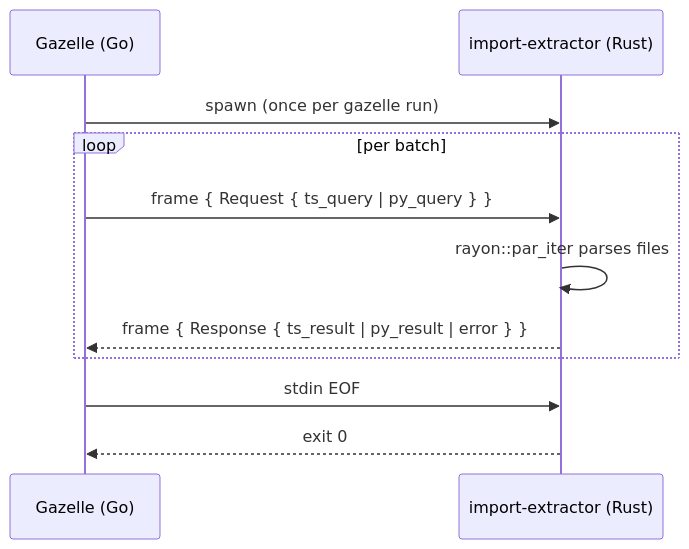
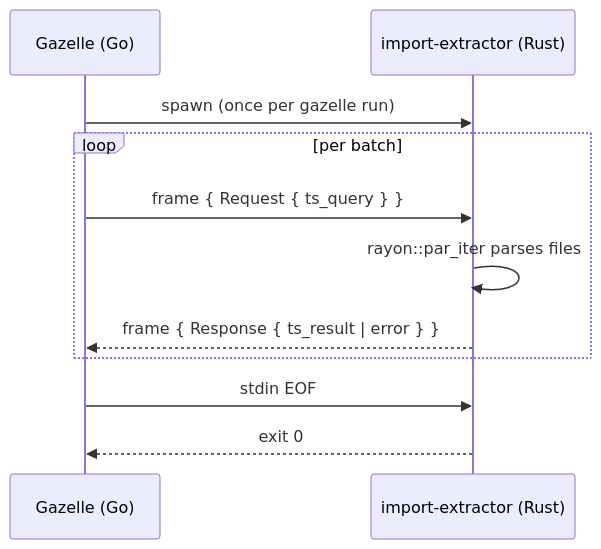
One commit to hermeticbuild/gazelle_plugins changed the second of 2 diagrams in crates/import-extractor/README.md. Above: the diagram before and after it, drawn with Mermaid. The commit also changed other lines of this file and 15 other files, not shown here.

````diff
--- a/crates/import-extractor/README.md
+++ b/crates/import-extractor/README.md
@@ -27,13 +24,13 @@
 ```mermaid
 sequenceDiagram
     participant G as Gazelle (Go)
     participant E as import-extractor (Rust)
     G->>E: spawn (once per gazelle run)
     loop per batch
-        G->>E: frame { Request { ts_query | py_query } }
+        G->>E: frame { Request { ts_query } }
         E->>E: rayon::par_iter parses files
-        E-->>G: frame { Response { ts_result | py_result | error } }
+        E-->>G: frame { Response { ts_result | error } }
     end
     G->>E: stdin EOF
     E-->>G: exit 0
 ```
````
